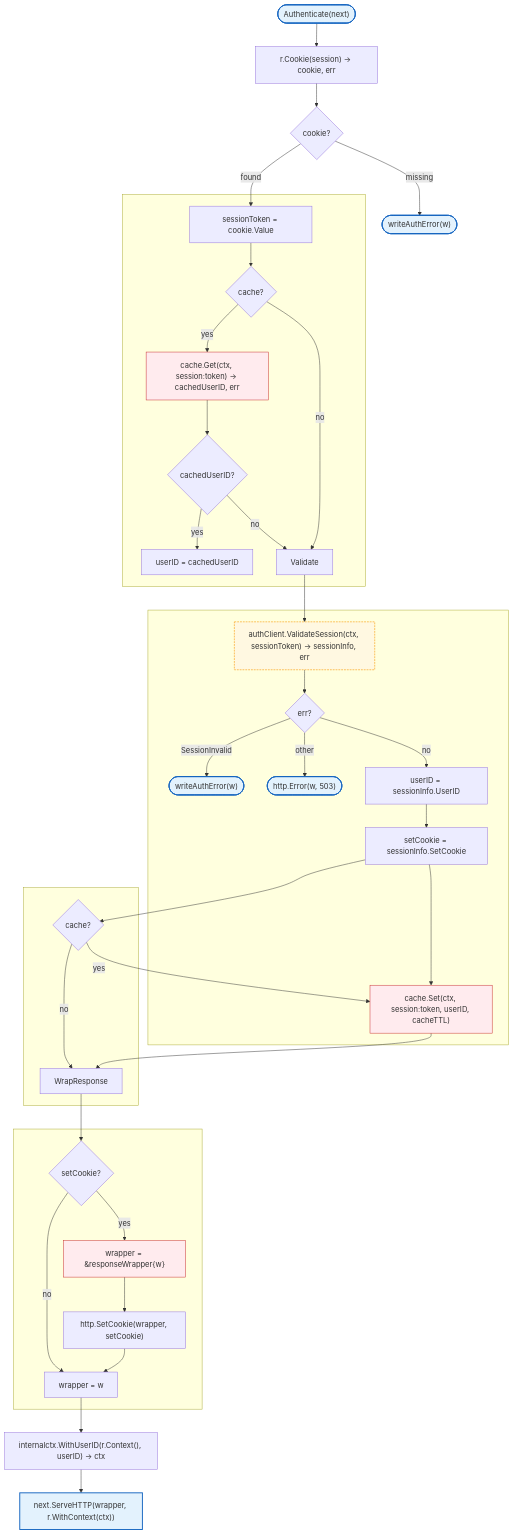
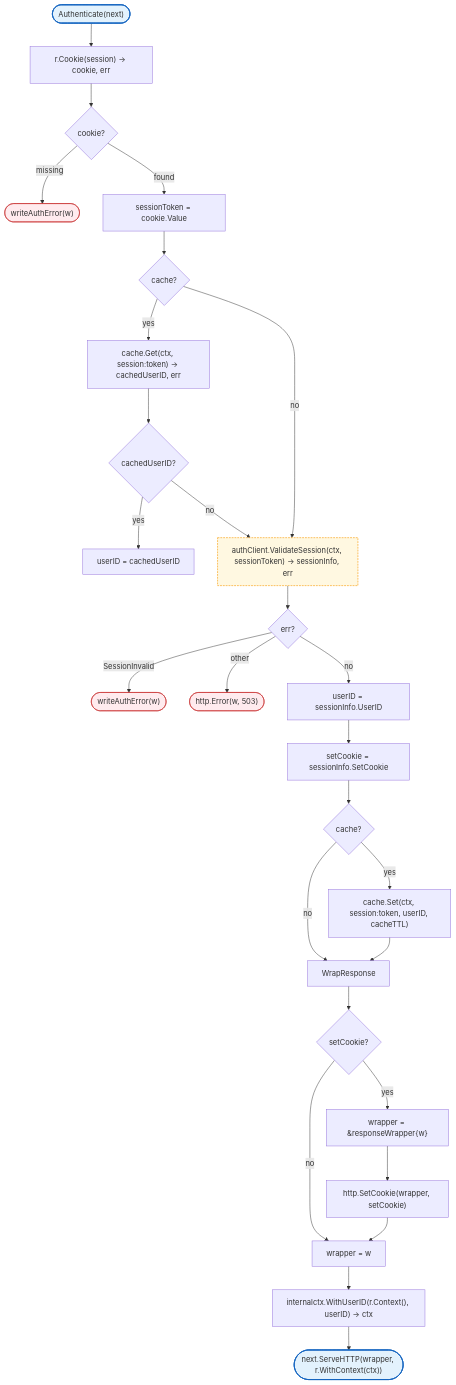
Before and after one commit to radch-ai/ava: the second of 10 diagrams in docs/internal/server/README.md, drawn with Mermaid. The commit also changed other lines of this file, not shown here.

````diff
--- a/docs/internal/server/README.md
+++ b/docs/internal/server/README.md
@@ -230,55 +110,44 @@
 ```mermaid
 flowchart TB
     Start(["Authenticate(next)"]) --> GetCookie["r.Cookie(session) → cookie, err"]
     GetCookie --> CheckCookie{cookie?}
     CheckCookie -->|missing| WriteAuthErr(["writeAuthError(w)"])
     CheckCookie -->|found| SessionToken["sessionToken = cookie.Value"]
 
-    subgraph SGCheckCache [" "]
-        SessionToken --> CheckCache{cache?}
-        CheckCache -->|yes| CacheGet["cache.Get(ctx, session:token) → cachedUserID, err"]
-        CacheGet --> CheckCached{cachedUserID?}
-        CheckCached -->|yes| UserID["userID = cachedUserID"]
-        CheckCached -->|no| Validate
-        CheckCache -->|no| Validate
-    end
+    SessionToken --> CheckCache{cache?}
+    CheckCache -->|yes| CacheGet["cache.Get(ctx, session:token) → cachedUserID, err"]
+    CacheGet --> CheckCached{cachedUserID?}
+    CheckCached -->|yes| SetUserID["userID = cachedUserID"]
+    CheckCached -->|no| Validate
+    CheckCache -->|no| Validate
 
-    subgraph SGValidate [" "]
-        Validate --> ValidateSession["authClient.ValidateSession(ctx, sessionToken) → sessionInfo, err"]
-        ValidateSession --> CheckError{err?}
-        CheckError -->|SessionInvalid| WriteAuthErr2(["writeAuthError(w)"])
-        CheckError -->|other| Write503(["http.Error(w, 503)"])
-        CheckError -->|no| SetUserID["userID = sessionInfo.UserID"]
-        SetUserID --> SetCookie["setCookie = sessionInfo.SetCookie"]
-        SetCookie --> CacheSet
-    end
+    Validate["authClient.ValidateSession(ctx, sessionToken) → sessionInfo, err"]
+    Validate --> CheckError{err?}
+    CheckError -->|SessionInvalid| WriteAuthErr2(["writeAuthError(w)"])
+    CheckError -->|other| Write503(["http.Error(w, 503)"])
+    CheckError -->|no| SetInfo["userID = sessionInfo.UserID"]
+    SetInfo --> SetCookie["setCookie = sessionInfo.SetCookie"]
+    SetCookie --> CacheSetCheck{cache?}
+    CacheSetCheck -->|yes| CacheSet["cache.Set(ctx, session:token, userID, cacheTTL)"]
+    CacheSetCheck -->|no| WrapResponse
+    CacheSet --> WrapResponse
 
-    subgraph SGCacheSet [" "]
-        SetCookie --> CheckCacheSet{cache?}
-        CheckCacheSet -->|yes| CacheSet["cache.Set(ctx, session:token, userID, cacheTTL)"]
-        CheckCacheSet -->|no| WrapResponse
-        CacheSet --> WrapResponse
-    end
-
-    subgraph SGWrapResponse [" "]
-        WrapResponse --> CheckSetCookie{setCookie?}
-        CheckSetCookie -->|yes| WrapWriter["wrapper = &responseWrapper{w}"]
-        WrapWriter --> HTTPSetCookie["http.SetCookie(wrapper, setCookie)"]
-        CheckSetCookie -->|no| UseWrapper["wrapper = w"]
-        HTTPSetCookie --> UseWrapper
-    end
+    WrapResponse --> CheckSetCookie{setCookie?}
+    CheckSetCookie -->|yes| WrapWriter["wrapper = &responseWrapper{w}"]
+    WrapWriter --> HTTPSetCookie["http.SetCookie(wrapper, setCookie)"]
+    CheckSetCookie -->|no| UseWrapper["wrapper = w"]
+    HTTPSetCookie --> UseWrapper
 
     UseWrapper --> WithUserID["internalctx.WithUserID(r.Context(), userID) → ctx"]
-    WithUserID --> Next["next.ServeHTTP(wrapper, r.WithContext(ctx))"]
+    WithUserID --> Next(["next.ServeHTTP(wrapper, r.WithContext(ctx))"])
 
-    click ValidateSession href "../auth.md#ValidateSession"
+    click Validate href "../auth/README.md#ValidateSession"
 
     classDef mainFn fill:#e3f2fd,stroke:#1565c0,stroke-width:2px
-    classDef internalFn fill:#f3e5f5,stroke:#6a1b9a,stroke-width:2px,stroke-dasharray:6 3
     classDef localPkgs fill:#fff8e1,stroke:#f9a825,stroke-width:1.5px,stroke-dasharray:4 2
     classDef errorFlow fill:#ffebee,stroke:#c62828,stroke-width:1px
 
-    class Start,Next,WriteAuthErr,WriteAuthErr2,Write503 mainFn
-    class ValidateSession localPkgs
-    class CacheGet,CacheSet,WrapWriter errorFlow
+    class Start,Next mainFn
+    class Validate localPkgs
+    class WriteAuthErr,WriteAuthErr2,Write503 errorFlow
 ```
````
